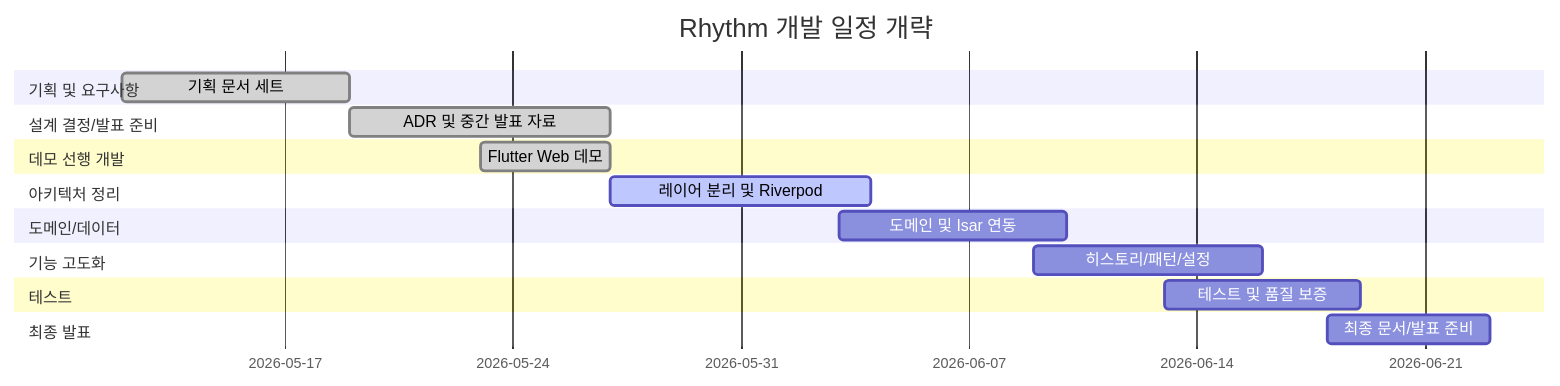
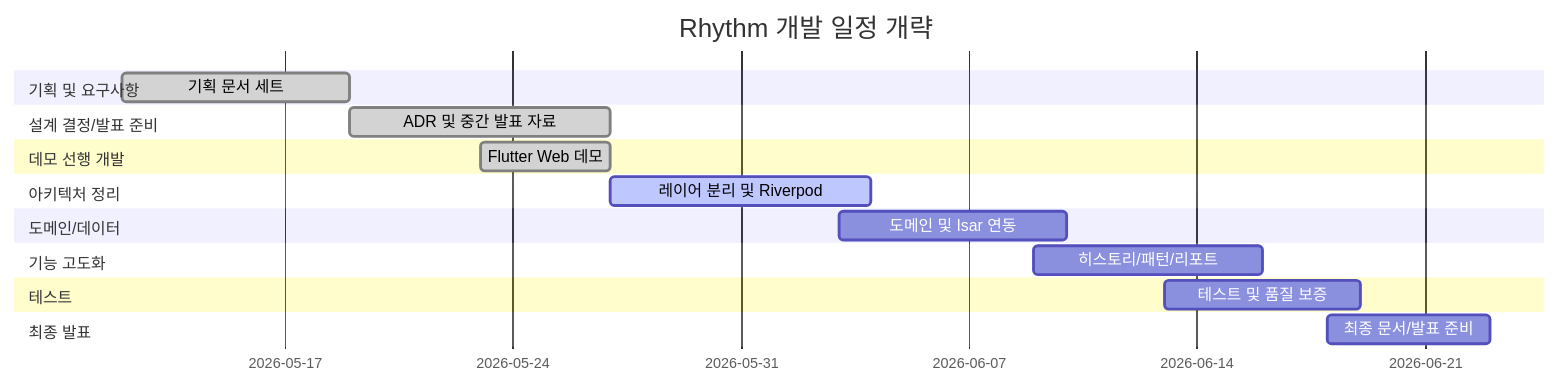
Before and after one commit to yseho031018/rhythm-archive: the diagram in .planning/02-wbs.md, drawn with Mermaid. The commit also changed other lines of this file and 7 other files, not shown here.

````diff
--- a/.planning/02-wbs.md
+++ b/.planning/02-wbs.md
@@ -46,21 +47,21 @@
 ```mermaid
 gantt
     title Rhythm 개발 일정 개략
     dateFormat  YYYY-MM-DD
     section 기획 및 요구사항
     기획 문서 세트          :done,    plan, 2026-05-12, 7d
     section 설계 결정/발표 준비
     ADR 및 중간 발표 자료   :done,    adr, 2026-05-19, 8d
     section 데모 선행 개발
     Flutter Web 데모        :done,    demo, 2026-05-23, 4d
     section 아키텍처 정리
     레이어 분리 및 Riverpod :active,  refactor, 2026-05-27, 8d
     section 도메인/데이터
     도메인 및 Isar 연동     :         domain, 2026-06-03, 7d
     section 기능 고도화
-    히스토리/패턴/설정      :         feature, 2026-06-09, 7d
+    히스토리/패턴/리포트    :         feature, 2026-06-09, 7d
     section 테스트
     테스트 및 품질 보증     :         test, 2026-06-13, 6d
     section 최종 발표
     최종 문서/발표 준비     :         final, 2026-06-18, 5d
 ```
````
